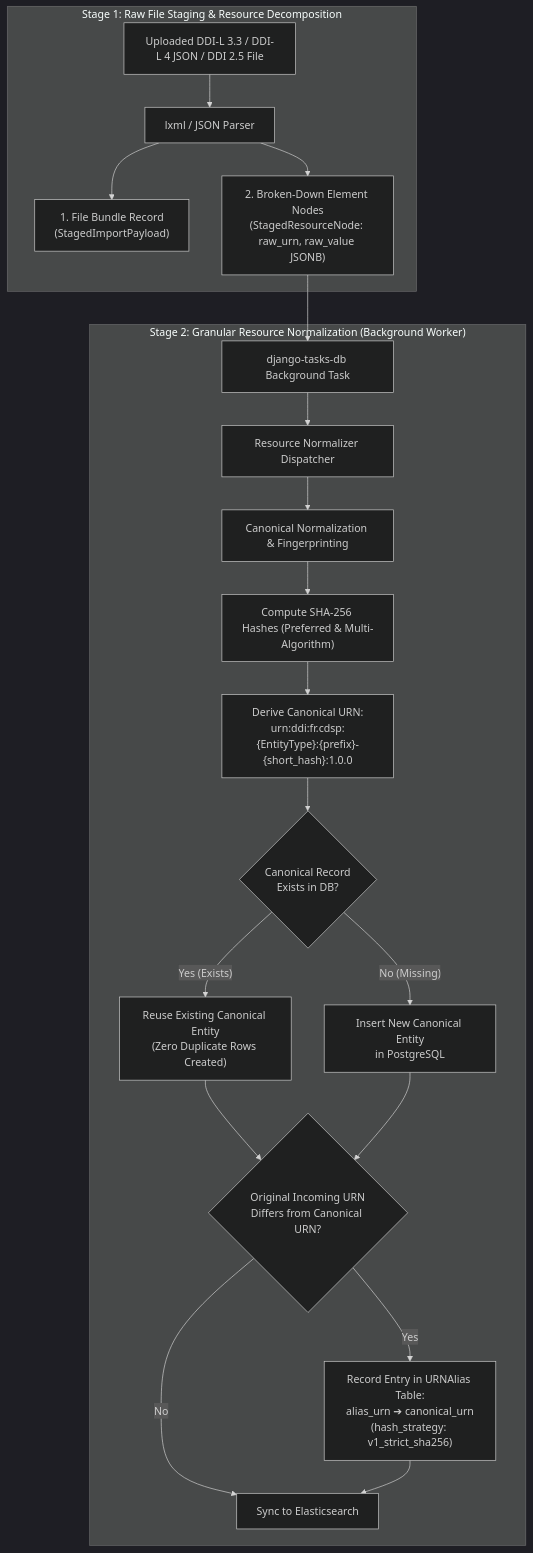
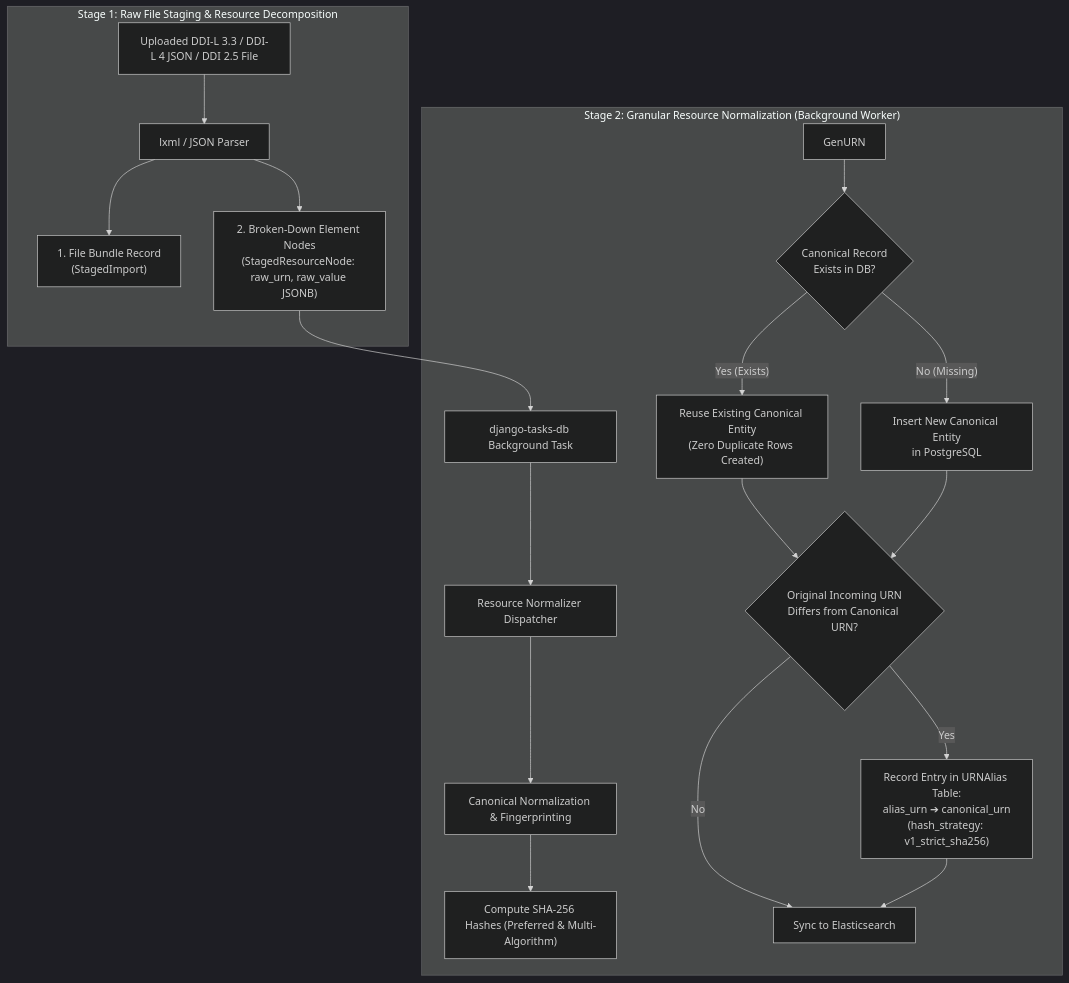
Before and after one commit to PlgaH/fairwddi-wp3-3: the third of 4 diagrams in deliverables/normalization.md, drawn with Mermaid (dark theme). The commit also changed other lines of this file and 15 other files, not shown here.

Commit message:
refactor: rename StagedImportPayload to StagedImport and update schema to track import progress and metadata options.

````diff
--- a/deliverables/normalization.md
+++ b/deliverables/normalization.md
@@ -110,28 +110,26 @@
 ```mermaid
 flowchart TD
     subgraph Stage1 ["Stage 1: Raw File Staging & Resource Decomposition"]
         Upload["Uploaded DDI-L 3.3 / DDI-L 4 JSON / DDI 2.5 File"] --> StreamingParser["lxml / JSON Parser"]
-        StreamingParser --> PayloadBundle["1. File Bundle Record\n(StagedImportPayload)"]
+        StreamingParser --> PayloadBundle["1. File Bundle Record\n(StagedImport)"]
         StreamingParser --> RawNodes["2. Broken-Down Element Nodes\n(StagedResourceNode: raw_urn, raw_value JSONB)"]
     end
 
     subgraph Stage2 ["Stage 2: Granular Resource Normalization (Background Worker)"]
         RawNodes --> TaskQueue["django-tasks-db Background Task"]
         TaskQueue --> ResourceNormalizer["Resource Normalizer Dispatcher"]
         
         ResourceNormalizer --> HashPipeline["Canonical Normalization & Fingerprinting"]
         HashPipeline --> ComputeHash["Compute SHA-256 Hashes (Preferred & Multi-Algorithm)"]
-        ComputeHash --> GenURN["Derive Canonical URN:\nurn:ddi:fr.cdsp:{EntityType}:{prefix}-{short_hash}:1.0.0"]
-        
         GenURN --> DBCheck{"Canonical Record\nExists in DB?"}
         
         DBCheck -->|"Yes (Exists)"| Reuse["Reuse Existing Canonical Entity\n(Zero Duplicate Rows Created)"]
         DBCheck -->|"No (Missing)"| Create["Insert New Canonical Entity\nin PostgreSQL"]
         
         Reuse & Create --> AliasCheck{"Original Incoming URN\nDiffers from Canonical URN?"}
         
         AliasCheck -->|"Yes"| RecordAlias["Record Entry in URNAlias Table:\nalias_urn ➔ canonical_urn\n(hash_strategy: v1_strict_sha256)"]
         AliasCheck -->|"No"| IndexES["Sync to Elasticsearch"]
         RecordAlias --> IndexES
     end
 ```
````
